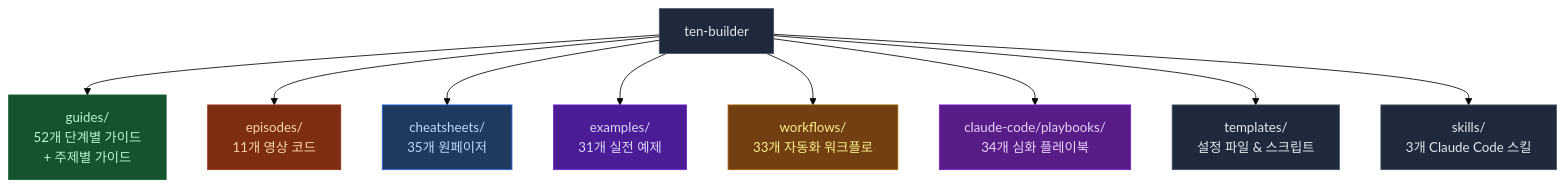
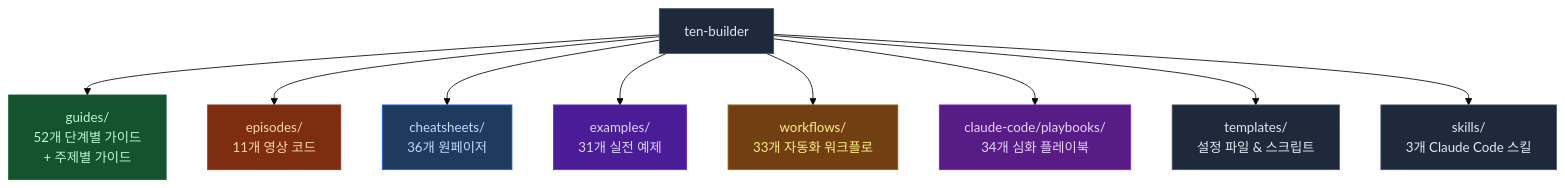
Before and after one commit to ten-builder/ten-builder: the first of 2 diagrams in README.md, drawn with Mermaid (forest theme). The commit also changed other lines of this file, not shown here.

Commit message:
docs: add A2A+MCP cheatsheet to README, update count to 36

````diff
--- a/README.md
+++ b/README.md
@@ -23,21 +23,21 @@
 ```mermaid
 flowchart TD
     R["ten-builder"] --> G["guides/\n52개 단계별 가이드\n+ 주제별 가이드"]
     R --> E["episodes/\n11개 영상 코드"]
-    R --> C["cheatsheets/\n35개 원페이저"]
+    R --> C["cheatsheets/\n36개 원페이저"]
     R --> EX["examples/\n31개 실전 예제"]
     R --> W["workflows/\n33개 자동화 워크플로"]
     R --> P["claude-code/playbooks/\n34개 심화 플레이북"]
     R --> T["templates/\n설정 파일 & 스크립트"]
     R --> S["skills/\n3개 Claude Code 스킬"]
 
     style R fill:#1e293b,stroke:#475569,color:#e2e8f0
     style G fill:#14532d,stroke:#166534,color:#bbf7d0
     style E fill:#7c2d12,stroke:#9a3412,color:#fed7aa
     style C fill:#1e3a5f,stroke:#2563eb,color:#bfdbfe
     style EX fill:#4a1d96,stroke:#6d28d9,color:#ddd6fe
     style W fill:#713f12,stroke:#a16207,color:#fef08a
     style P fill:#581c87,stroke:#7e22ce,color:#e9d5ff
     style T fill:#1e293b,stroke:#475569,color:#e2e8f0
     style S fill:#1e293b,stroke:#475569,color:#e2e8f0
 ```
````
